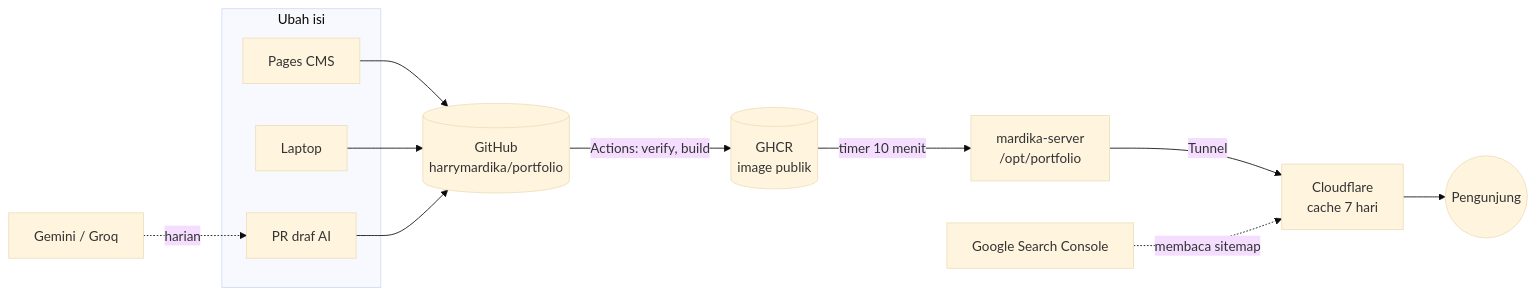
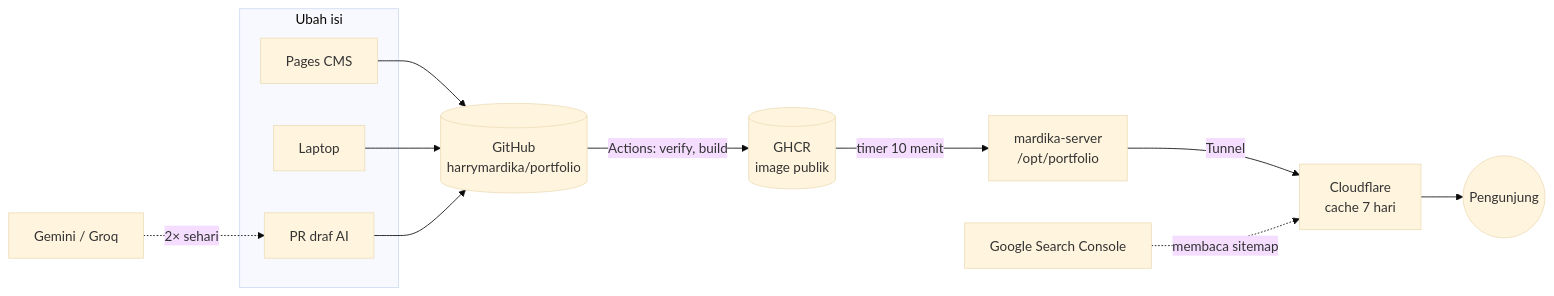
Before and after one commit to harrymardika/portfolio: the diagram in docs/10-operations.md, drawn with Mermaid (base theme). The commit also changed other lines of this file and 6 other files, not shown here.

````diff
--- a/docs/10-operations.md
+++ b/docs/10-operations.md
@@ -9,15 +9,15 @@
 ```mermaid
 flowchart LR
   subgraph Ubah isi
     CMS[Pages CMS]
     LAP[Laptop]
     PR[PR draf AI]
   end
   CMS & LAP & PR --> GH[(GitHub<br/>harrymardika/portfolio)]
   GH -->|Actions: verify, build| GHCR[(GHCR<br/>image publik)]
   GHCR -->|timer 10 menit| SRV[mardika-server<br/>/opt/portfolio]
   SRV -->|Tunnel| CF[Cloudflare<br/>cache 7 hari]
   CF --> V((Pengunjung))
-  AI[Gemini / Groq] -.->|harian| PR
+  AI[Gemini / Groq] -.->|2× sehari| PR
   GSC[Google Search Console] -.->|membaca sitemap| CF
 ```
````
